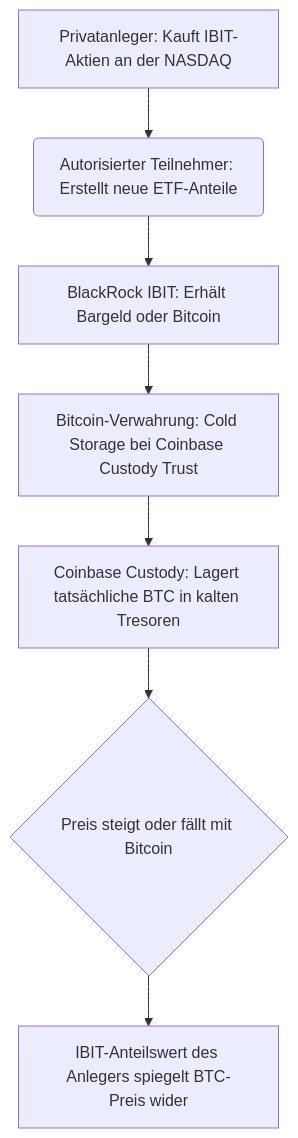
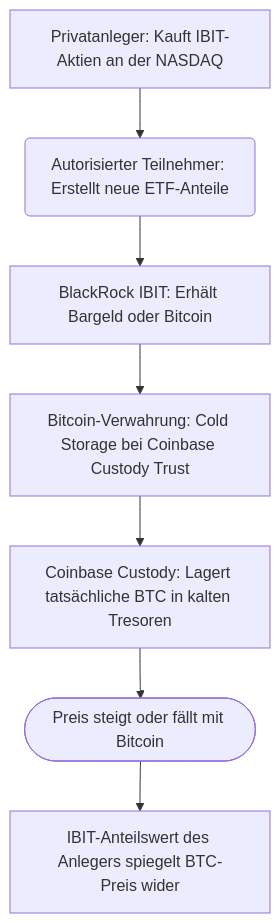
Before and after one commit to annabraun015-stack/krypto-watch: the diagram in src/content/blog/de/bitcoin-etf-institutionelle-revolution.mdx, drawn with Mermaid. The commit also changed other lines of this file and 53 other files, not shown here.

```diff
--- a/src/content/blog/de/bitcoin-etf-institutionelle-revolution.mdx
+++ b/src/content/blog/de/bitcoin-etf-institutionelle-revolution.mdx
@@ -66,9 +66,9 @@
 <div class="mermaid">
 graph TD
     A[Privatanleger: Kauft IBIT-Aktien an der NASDAQ] --> B(Autorisierter Teilnehmer: Erstellt neue ETF-Anteile)
     B --> C[BlackRock IBIT: Erhält Bargeld oder Bitcoin]
     C --> D[Bitcoin-Verwahrung: Cold Storage bei Coinbase Custody Trust]
     D --> E[Coinbase Custody: Lagert tatsächliche BTC in kalten Tresoren]
-    E --> F{Preis steigt oder fällt mit Bitcoin}
+    E --> F([Preis steigt oder fällt mit Bitcoin])
     F --> G[IBIT-Anteilswert des Anlegers spiegelt BTC-Preis wider]
 </div>
```
